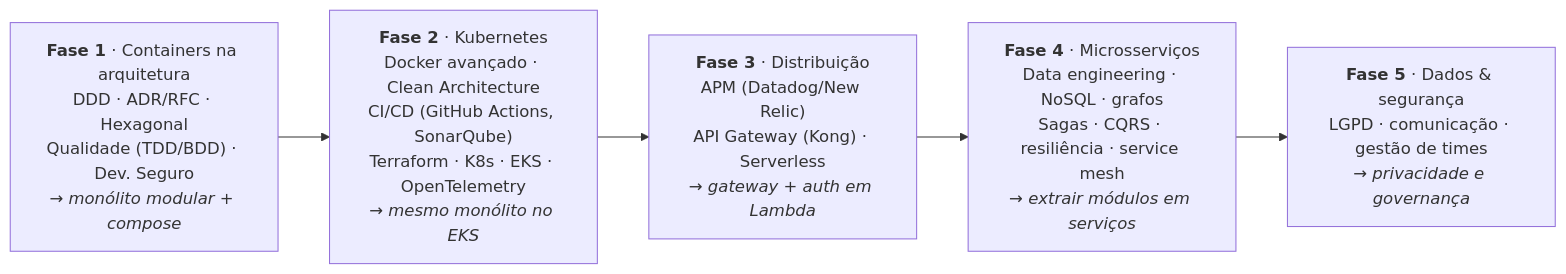
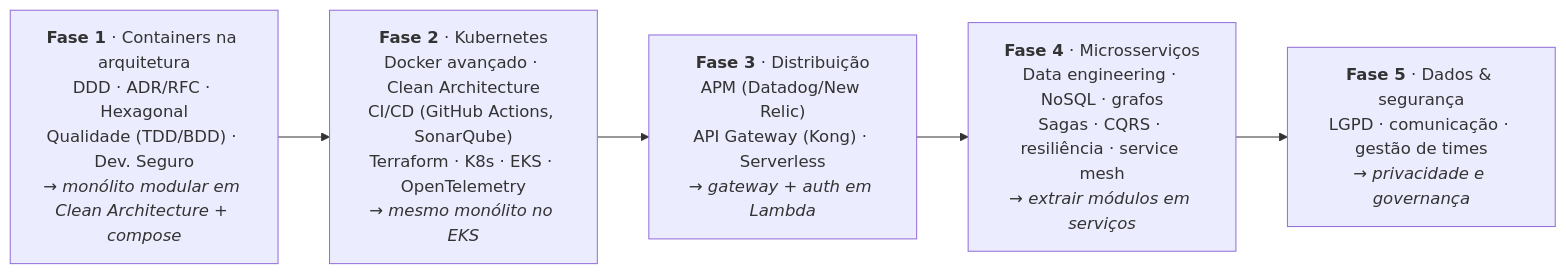
The first of 2 diagrams in docs/04-arquitetura/evolucao-fases.md (HermandoThiago/FIAP-SOAT), drawn with Mermaid before and after one commit. The commit also changed other lines of this file and 42 other files, not shown here.

````diff
--- a/docs/04-arquitetura/evolucao-fases.md
+++ b/docs/04-arquitetura/evolucao-fases.md
@@ -9,9 +9,9 @@
 ```mermaid
 flowchart LR
-    F1["<b>Fase 1</b> · Containers na arquitetura<br/>DDD · ADR/RFC · Hexagonal<br/>Qualidade (TDD/BDD) · Dev. Seguro<br/><i>→ monólito modular + compose</i>"]
+    F1["<b>Fase 1</b> · Containers na arquitetura<br/>DDD · ADR/RFC · Hexagonal<br/>Qualidade (TDD/BDD) · Dev. Seguro<br/><i>→ monólito modular em Clean Architecture + compose</i>"]
     F2["<b>Fase 2</b> · Kubernetes<br/>Docker avançado · Clean Architecture<br/>CI/CD (GitHub Actions, SonarQube)<br/>Terraform · K8s · EKS · OpenTelemetry<br/><i>→ mesmo monólito no EKS</i>"]
     F3["<b>Fase 3</b> · Distribuição<br/>APM (Datadog/New Relic)<br/>API Gateway (Kong) · Serverless<br/><i>→ gateway + auth em Lambda</i>"]
     F4["<b>Fase 4</b> · Microsserviços<br/>Data engineering · NoSQL · grafos<br/>Sagas · CQRS · resiliência · service mesh<br/><i>→ extrair módulos em serviços</i>"]
     F5["<b>Fase 5</b> · Dados & segurança<br/>LGPD · comunicação · gestão de times<br/><i>→ privacidade e governança</i>"]
     F1 --> F2 --> F3 --> F4 --> F5
 ```
````
